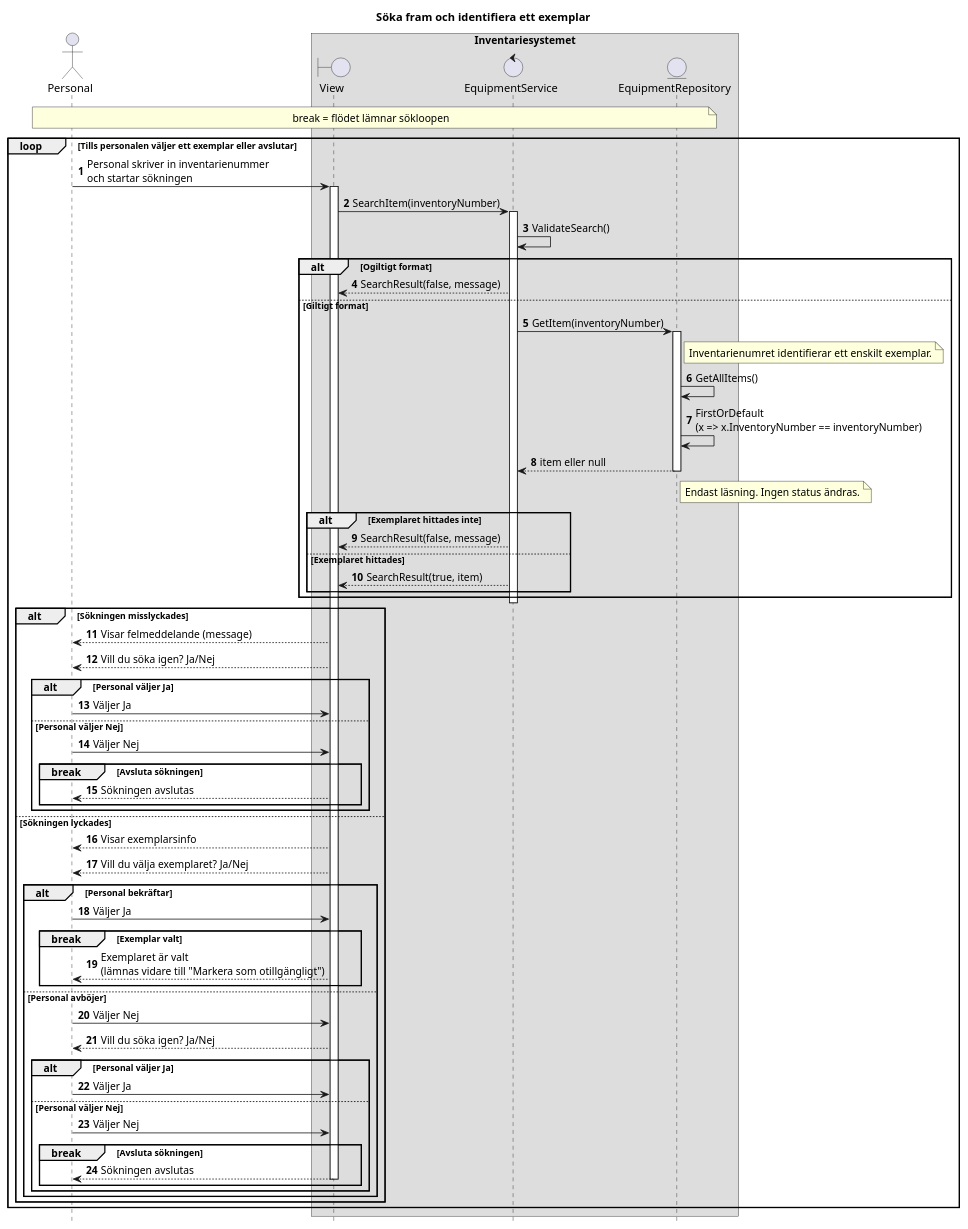
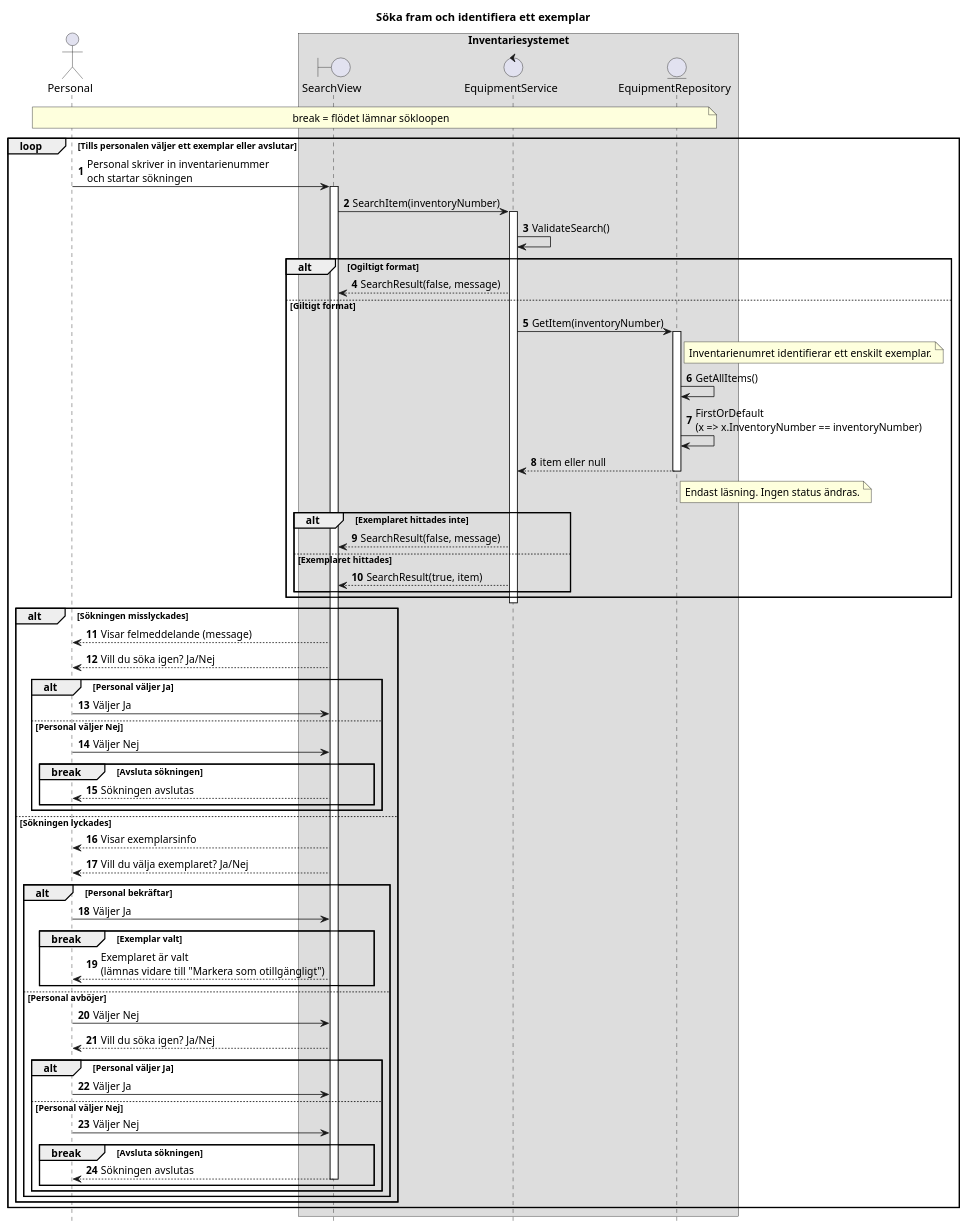
One commit to leon-nackademin-prog/IndividuellUppgift changed the diagram in Diagrams/v2.5/Sekvensdiagram_v2.5.puml. Above: the diagram before and after it, drawn with PlantUML. The commit also changed 1 other file, not shown here.

Commit message:
Add fix to diagram update

```diff
--- a/Diagrams/v2.5/Sekvensdiagram_v2.5.puml
+++ b/Diagrams/v2.5/Sekvensdiagram_v2.5.puml
@@ -1,92 +1,92 @@
 @startuml
 autonumber
 hide footbox
 title Söka fram och identifiera ett exemplar
 
 actor "Personal" as User
 
 box "Inventariesystemet"
-boundary "View" as View
+boundary "SearchView" as View
 control "EquipmentService" as EquipmentService
 entity "EquipmentRepository" as EquipmentRepository
 end box
 
 
 note over User, EquipmentRepository : break = flödet lämnar sökloopen
 
 loop Tills personalen väljer ett exemplar eller avslutar
 
     User -> View : Personal skriver in inventarienummer \noch startar sökningen
     activate View
     View -> EquipmentService : SearchItem(inventoryNumber)
 
     activate EquipmentService
     EquipmentService -> EquipmentService : ValidateSearch()
 
     alt Ogiltigt format
         EquipmentService --> View : SearchResult(false, message)
 
     else Giltigt format
         EquipmentService -> EquipmentRepository : GetItem(inventoryNumber)
 
         activate EquipmentRepository
         note right of EquipmentRepository : Inventarienumret identifierar ett enskilt exemplar.
         EquipmentRepository -> EquipmentRepository : GetAllItems()
         EquipmentRepository -> EquipmentRepository : FirstOrDefault\n(x => x.InventoryNumber == inventoryNumber)
         EquipmentRepository --> EquipmentService : item eller null
         note right of EquipmentRepository : Endast läsning. Ingen status ändras.
         deactivate EquipmentRepository
 
         alt Exemplaret hittades inte
             EquipmentService --> View : SearchResult(false, message)
 
         else Exemplaret hittades
             EquipmentService --> View : SearchResult(true, item)
         end
     end
         deactivate EquipmentService      
     alt Sökningen misslyckades
         View --> User : Visar felmeddelande (message)
         View --> User : Vill du söka igen? Ja/Nej
 
         alt Personal väljer Ja
             User -> View : Väljer Ja
 
         else Personal väljer Nej
             User -> View : Väljer Nej
             break Avsluta sökningen
                 View --> User : Sökningen avslutas
             end
         end
 
     else Sökningen lyckades
         View --> User : Visar exemplarsinfo
         View --> User : Vill du välja exemplaret? Ja/Nej
 
         alt Personal bekräftar
             User -> View : Väljer Ja
             break Exemplar valt
                 View --> User : Exemplaret är valt \n(lämnas vidare till "Markera som otillgängligt")
             end
 
         else Personal avböjer
             User -> View : Väljer Nej
             View --> User : Vill du söka igen? Ja/Nej
 
             alt Personal väljer Ja
                 User -> View : Väljer Ja
 
             else Personal väljer Nej
                 User -> View : Väljer Nej
                 break Avsluta sökningen
                     View --> User : Sökningen avslutas
                 deactivate View
                 end
             end
         end
     end
 
     
 end
 
 @enduml
```
